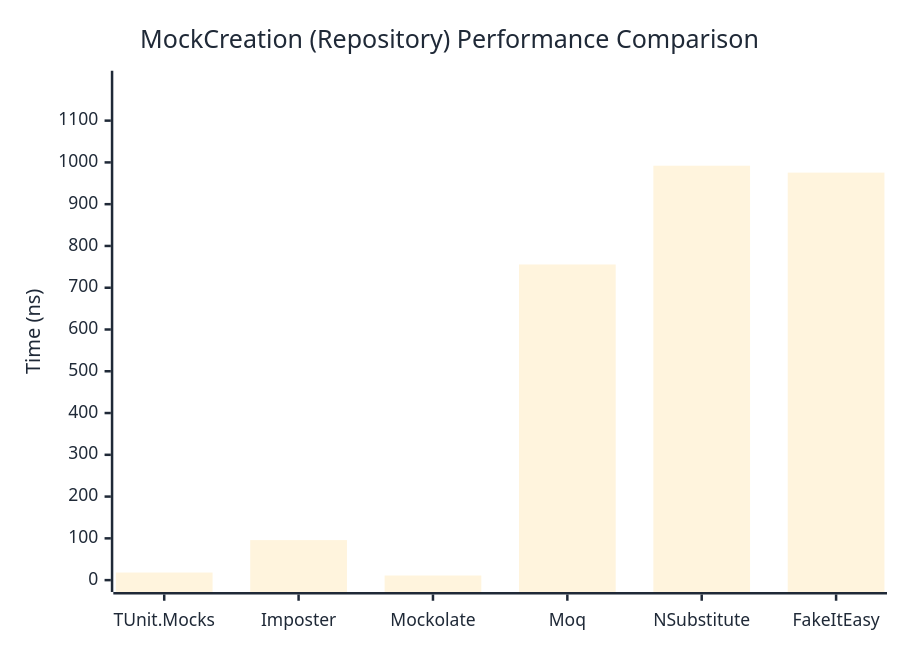
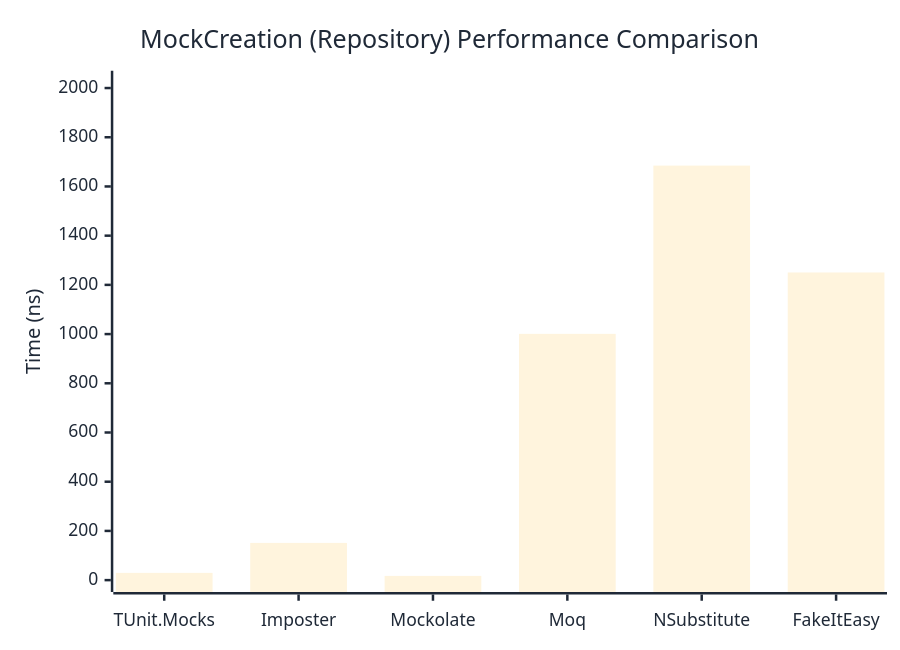
One commit to thomhurst/TUnit changed the second of 2 diagrams in docs/docs/benchmarks/mocks/MockCreation.md. Above: the diagram before and after it, drawn with Mermaid. The commit also changed other lines of this file and 14 other files, not shown here.

````diff
--- a/docs/docs/benchmarks/mocks/MockCreation.md
+++ b/docs/docs/benchmarks/mocks/MockCreation.md
@@ -71,27 +71,27 @@
 ```mermaid
 %%{init: {
   'theme':'base',
   'themeVariables': {
     'primaryColor': '#2563eb',
     'primaryTextColor': '#1f2937',
     'primaryBorderColor': '#1e40af',
     'lineColor': '#6b7280',
     'secondaryColor': '#7c3aed',
     'tertiaryColor': '#dc2626',
     'background': '#ffffff',
     'pie1': '#2563eb',
     'pie2': '#7c3aed',
     'pie3': '#dc2626',
     'pie4': '#f59e0b',
     'pie5': '#10b981',
     'pie6': '#06b6d4',
     'pie7': '#ec4899',
     'pie8': '#6366f1'
   }
 }}%%
 xychart-beta
   title "MockCreation (Repository) Performance Comparison"
   x-axis ["TUnit.Mocks", "Imposter", "Mockolate", "Moq", "NSubstitute", "FakeItEasy"]
-  y-axis "Time (ns)" 0 --> 1191
-  bar [18.16, 95.84, 11.06, 755.66, 992.14, 975.57]
+  y-axis "Time (ns)" 0 --> 2022
+  bar [29.52, 151.23, 17.21, 1000.92, 1684.81, 1250.42]
 ```
````
